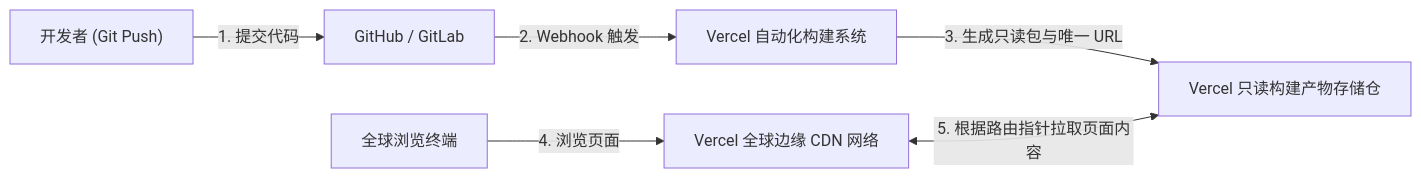
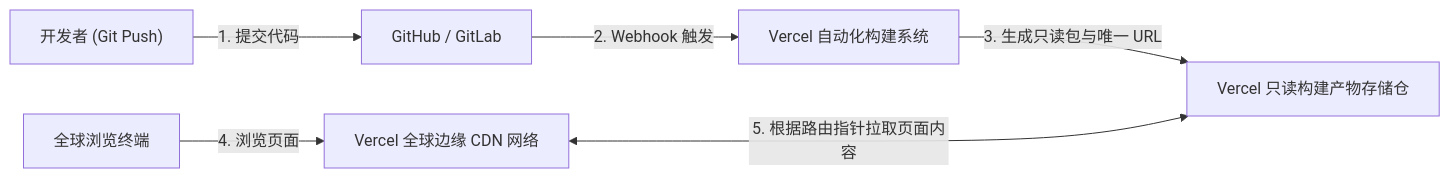
The third of 5 diagrams in docs/atlas/vercel.mdx (koosai/AI-Architect-Learning), drawn with Mermaid before and after one commit. The commit also changed 68 other files, not shown here.

Commit message:
fix(atlas): fix browser client-side Mermaid rendering for mindmaps and flowcharts across 67 case studies

````diff
--- a/docs/atlas/vercel.mdx
+++ b/docs/atlas/vercel.mdx
@@ -100,8 +100,8 @@
 ```mermaid
 graph LR
   Developer["开发者 (Git Push)"] -->|1. 提交代码| Github["GitHub / GitLab"]
   Github -->|2. Webhook 触发| Build_Pipeline["Vercel 自动化构建系统"]
   Build_Pipeline -->|3. 生成只读包与唯一 URL| Storage_Bucket["Vercel 只读构建产物存储仓"]
   End_User["全球浏览终端"] -->|4. 浏览页面| Edge_Network["Vercel 全球边缘 CDN 网络"]
-  Edge_Network <-->|5. 根据路由指针拉取页面内容| Storage_Bucket
+  Edge_Network <--->|5. 根据路由指针拉取页面内容| Storage_Bucket
 ```
````
